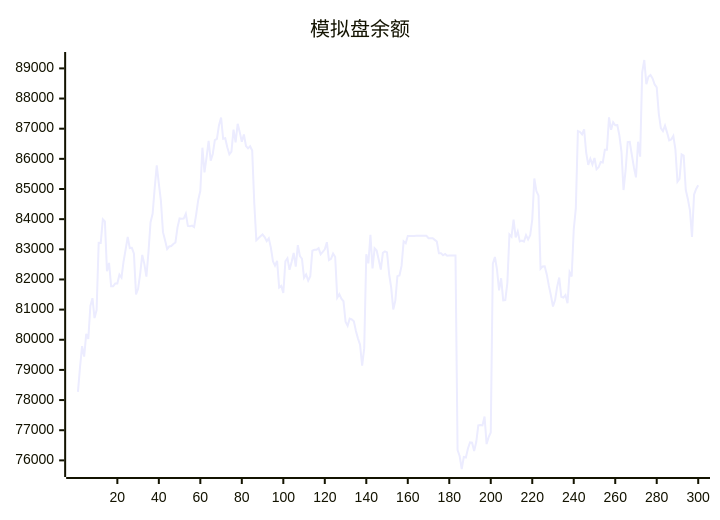
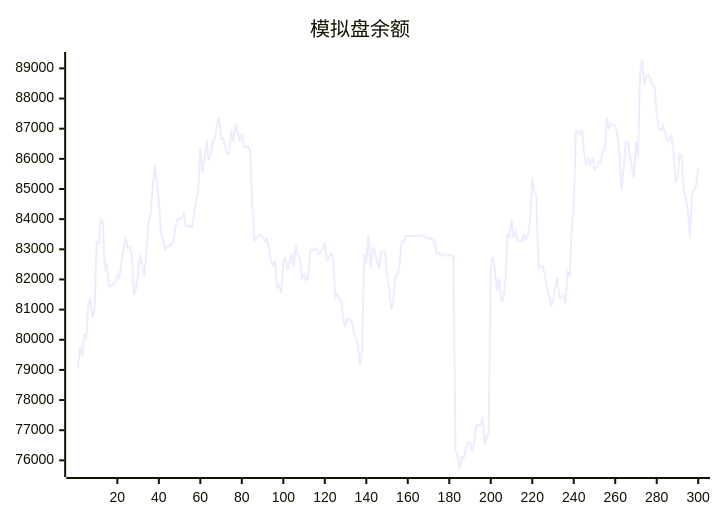
The diagram in README.md (aahl/ai-trading), drawn with Mermaid before and after one commit. The commit also changed other lines of this file and 1 other file, not shown here.

````diff
--- a/README.md
+++ b/README.md
@@ -5,5 +5,5 @@
 ```mermaid
 xychart
     title "模拟盘余额"
-    line [78272,79085,79787,79442,80198,80031,81120,81379,80718,80985,83214,83212,83993,83921,82270,82547,81776,81776,81866,81866,82158,82061,82596,83000,83408,83041,83050,82858,81503,81691,82188,82812,82517,82092,82901,83898,84180,85030,85781,85178,84604,83569,83298,83008,83093,83107,83175,83228,83729,84025,84017,84019,84177,83775,83762,83785,83738,84160,84639,84939,86370,85548,86046,86599,85942,86161,86622,86664,87115,87369,86666,86685,86384,86152,86243,86969,86548,87164,86885,86566,86809,86427,86348,86417,86273,84538,83299,83369,83430,83490,83404,83270,83362,83056,82605,82459,82614,81734,81788,81551,82598,82702,82320,82580,82878,82426,83139,82778,82686,82056,82166,81963,82110,82951,82983,82984,83038,82838,82915,82998,83235,82642,82682,82858,82746,81396,81512,81362,81277,80600,80461,80699,80673,80616,80288,80038,79836,79142,79722,82837,82533,83480,82366,83032,82960,82654,82330,82883,82934,82901,82188,81728,81005,81298,82110,82135,82449,83264,83203,83440,83439,83440,83440,83446,83447,83448,83447,83448,83449,83369,83369,83369,83313,83256,82872,82873,82801,82844,82785,82791,82791,82793,82794,76339,76145,75714,76110,76096,76397,76594,76585,76310,76607,77160,77170,77160,77456,76541,76774,76927,82520,82744,82337,81639,82040,81307,81314,81887,83490,83414,83984,83396,83594,83261,83287,83253,83470,83327,83465,83987,85348,84930,84786,82355,82433,82438,82167,81795,81466,81105,81315,81756,82064,81426,81398,81481,81210,82242,82099,83658,84359,86925,86892,86814,86980,86203,85802,86003,85811,86028,85657,85721,85896,85880,86300,86299,87378,86965,87214,87115,87118,86780,86238,84966,85623,86555,86562,86129,85722,85387,86569,86070,88870,89278,88477,88720,88781,88668,88467,88372,87493,87018,86917,87102,86870,86613,86644,86758,86317,85242,85334,86149,86106,84968,84671,84302,83410,84816,85001,85127]
+    line [79085,79787,79442,80198,80031,81120,81379,80718,80985,83214,83212,83993,83921,82270,82547,81776,81776,81866,81866,82158,82061,82596,83000,83408,83041,83050,82858,81503,81691,82188,82812,82517,82092,82901,83898,84180,85030,85781,85178,84604,83569,83298,83008,83093,83107,83175,83228,83729,84025,84017,84019,84177,83775,83762,83785,83738,84160,84639,84939,86370,85548,86046,86599,85942,86161,86622,86664,87115,87369,86666,86685,86384,86152,86243,86969,86548,87164,86885,86566,86809,86427,86348,86417,86273,84538,83299,83369,83430,83490,83404,83270,83362,83056,82605,82459,82614,81734,81788,81551,82598,82702,82320,82580,82878,82426,83139,82778,82686,82056,82166,81963,82110,82951,82983,82984,83038,82838,82915,82998,83235,82642,82682,82858,82746,81396,81512,81362,81277,80600,80461,80699,80673,80616,80288,80038,79836,79142,79722,82837,82533,83480,82366,83032,82960,82654,82330,82883,82934,82901,82188,81728,81005,81298,82110,82135,82449,83264,83203,83440,83439,83440,83440,83446,83447,83448,83447,83448,83449,83369,83369,83369,83313,83256,82872,82873,82801,82844,82785,82791,82791,82793,82794,76339,76145,75714,76110,76096,76397,76594,76585,76310,76607,77160,77170,77160,77456,76541,76774,76927,82520,82744,82337,81639,82040,81307,81314,81887,83490,83414,83984,83396,83594,83261,83287,83253,83470,83327,83465,83987,85348,84930,84786,82355,82433,82438,82167,81795,81466,81105,81315,81756,82064,81426,81398,81481,81210,82242,82099,83658,84359,86925,86892,86814,86980,86203,85802,86003,85811,86028,85657,85721,85896,85880,86300,86299,87378,86965,87214,87115,87118,86780,86238,84966,85623,86555,86562,86129,85722,85387,86569,86070,88870,89278,88477,88720,88781,88668,88467,88372,87493,87018,86917,87102,86870,86613,86644,86758,86317,85242,85334,86149,86106,84968,84671,84302,83410,84816,85001,85127,85693]
 ```
````
